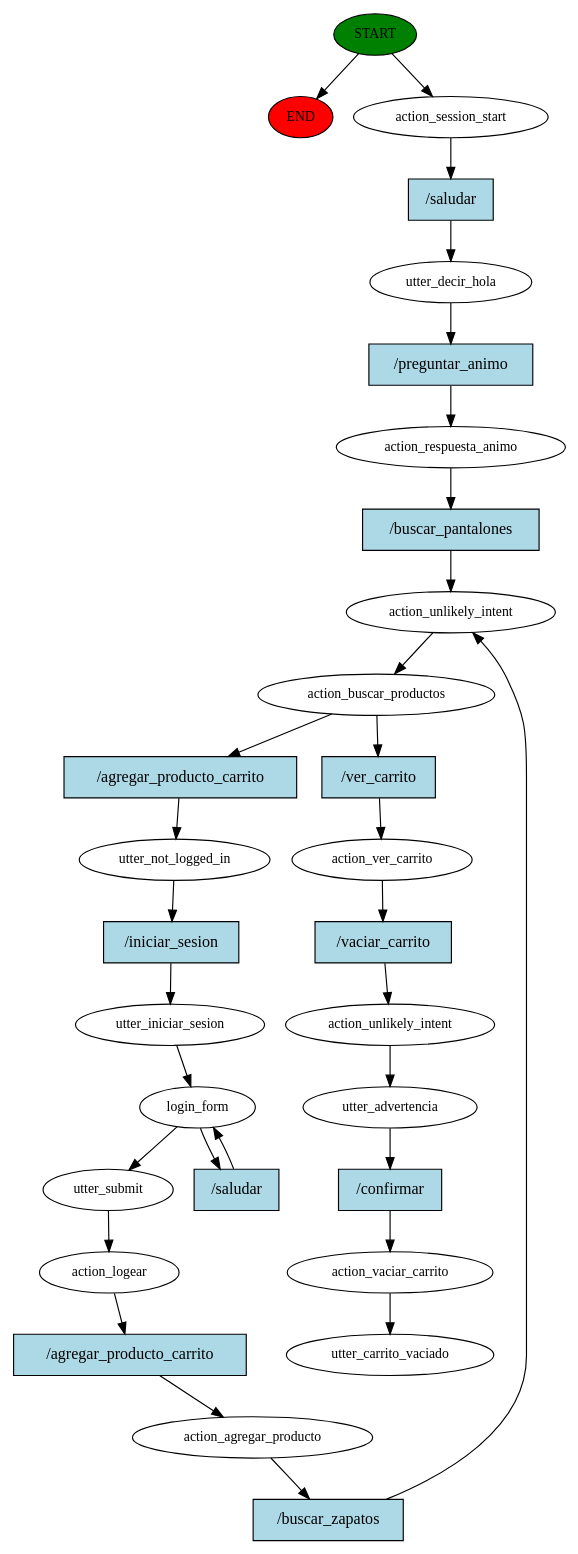
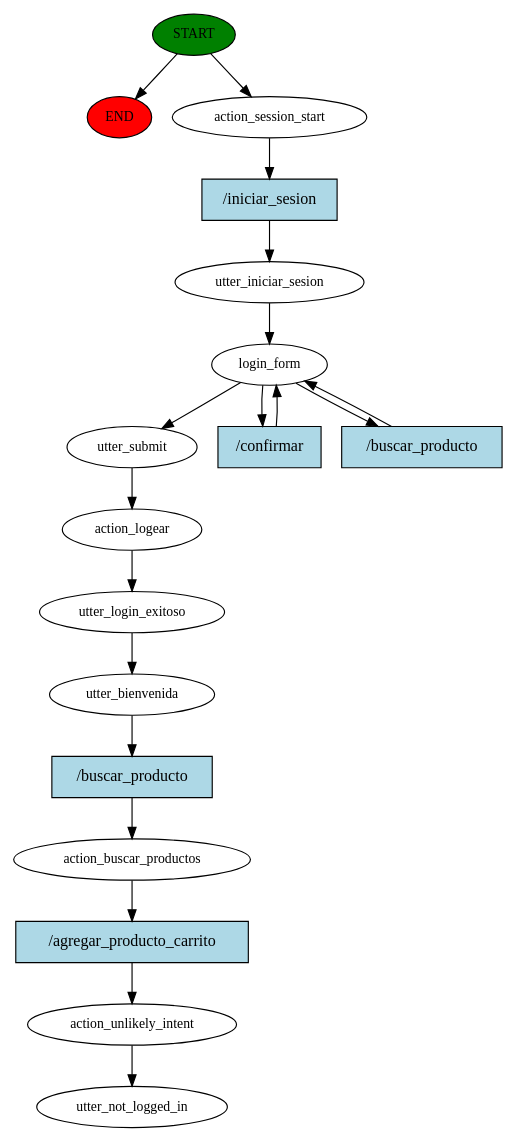
The diagram in story_graph.dot (Daniel45450/chatbot_exploratoria), drawn with Graphviz before and after one commit. The commit also changed 25 other files, not shown here.

```diff
--- a/story_graph.dot
+++ b/story_graph.dot
@@ -1,61 +1,37 @@
 digraph  {
 0 [class="start active", fillcolor=green, fontsize=12, label=START, style=filled];
 "-1" [class=end, fillcolor=red, fontsize=12, label=END, style=filled];
 1 [class=active, fontsize=12, label=action_session_start];
-2 [class=active, fontsize=12, label=utter_decir_hola];
-3 [class=active, fontsize=12, label=action_respuesta_animo];
-4 [class=active, fontsize=12, label=action_unlikely_intent];
-5 [class=active, fontsize=12, label=action_buscar_productos];
-6 [class=active, fontsize=12, label=utter_not_logged_in];
-7 [class=active, fontsize=12, label=utter_iniciar_sesion];
-8 [class=active, fontsize=12, label=login_form];
-11 [class=active, fontsize=12, label=utter_submit];
-12 [class=active, fontsize=12, label=action_logear];
-13 [class=active, fontsize=12, label=action_agregar_producto];
-16 [class=active, fontsize=12, label=action_ver_carrito];
-17 [class=active, fontsize=12, label=action_unlikely_intent];
-18 [class=active, fontsize=12, label=utter_advertencia];
-19 [class=active, fontsize=12, label=action_vaciar_carrito];
-20 [class="dashed active", fontsize=12, label=utter_carrito_vaciado];
-21 [class="intent active", fillcolor=lightblue, label="/saludar", shape=rect, style=filled];
-22 [class="intent active", fillcolor=lightblue, label="/preguntar_animo", shape=rect, style=filled];
-23 [class="intent active", fillcolor=lightblue, label="/buscar_pantalones", shape=rect, style=filled];
-24 [class="intent active", fillcolor=lightblue, label="/agregar_producto_carrito", shape=rect, style=filled];
-25 [class="intent active", fillcolor=lightblue, label="/ver_carrito", shape=rect, style=filled];
-26 [class="intent active", fillcolor=lightblue, label="/iniciar_sesion", shape=rect, style=filled];
-27 [class="intent active", fillcolor=lightblue, label="/saludar", shape=rect, style=filled];
-28 [class="intent active", fillcolor=lightblue, label="/agregar_producto_carrito", shape=rect, style=filled];
-29 [class="intent active", fillcolor=lightblue, label="/buscar_zapatos", shape=rect, style=filled];
-30 [class="intent active", fillcolor=lightblue, label="/vaciar_carrito", shape=rect, style=filled];
-31 [class="intent active", fillcolor=lightblue, label="/confirmar", shape=rect, style=filled];
+2 [class=active, fontsize=12, label=utter_iniciar_sesion];
+3 [class=active, fontsize=12, label=login_form];
+6 [class=active, fontsize=12, label=utter_submit];
+7 [class=active, fontsize=12, label=action_logear];
+8 [class=active, fontsize=12, label=utter_login_exitoso];
+9 [class=active, fontsize=12, label=utter_bienvenida];
+10 [class=active, fontsize=12, label=action_buscar_productos];
+11 [class=active, fontsize=12, label=action_unlikely_intent];
+12 [class="dashed active", fontsize=12, label=utter_not_logged_in];
+13 [class="intent active", fillcolor=lightblue, label="/iniciar_sesion", shape=rect, style=filled];
+14 [class="intent active", fillcolor=lightblue, label="/confirmar", shape=rect, style=filled];
+15 [class="intent active", fillcolor=lightblue, label="/buscar_producto", shape=rect, style=filled];
+16 [class="intent active", fillcolor=lightblue, label="/buscar_producto", shape=rect, style=filled];
+17 [class="intent active", fillcolor=lightblue, label="/agregar_producto_carrito", shape=rect, style=filled];
 0 -> "-1"  [class="", key=NONE, label=""];
 0 -> 1  [class=active, key=NONE, label=""];
-1 -> 21  [class=active, key=0];
-2 -> 22  [class=active, key=0];
-3 -> 23  [class=active, key=0];
-4 -> 5  [class=active, key=NONE, label=""];
-5 -> 24  [class=active, key=0];
-5 -> 25  [class=active, key=0];
-6 -> 26  [class=active, key=0];
+1 -> 13  [class=active, key=0];
+2 -> 3  [class=active, key=NONE, label=""];
+3 -> 6  [class=active, key=NONE, label=""];
+3 -> 14  [class=active, key=0];
+3 -> 15  [class=active, key=0];
+6 -> 7  [class=active, key=NONE, label=""];
 7 -> 8  [class=active, key=NONE, label=""];
-8 -> 11  [class=active, key=NONE, label=""];
-8 -> 27  [class=active, key=0];
+8 -> 9  [class=active, key=NONE, label=""];
+9 -> 16  [class=active, key=0];
+10 -> 17  [class=active, key=0];
 11 -> 12  [class=active, key=NONE, label=""];
-12 -> 28  [class=active, key=0];
-13 -> 29  [class=active, key=0];
-16 -> 30  [class=active, key=0];
-17 -> 18  [class=active, key=NONE, label=""];
-18 -> 31  [class=active, key=0];
-19 -> 20  [class=active, key=NONE, label=""];
-21 -> 2  [class=active, key=0];
-22 -> 3  [class=active, key=0];
-23 -> 4  [class=active, key=0];
-24 -> 6  [class=active, key=0];
-25 -> 16  [class=active, key=0];
-26 -> 7  [class=active, key=0];
-27 -> 8  [class=active, key=0];
-28 -> 13  [class=active, key=0];
-29 -> 4  [class=active, key=0];
-30 -> 17  [class=active, key=0];
-31 -> 19  [class=active, key=0];
+13 -> 2  [class=active, key=0];
+14 -> 3  [class=active, key=0];
+15 -> 3  [class=active, key=0];
+16 -> 10  [class=active, key=0];
+17 -> 11  [class=active, key=0];
 }
```
